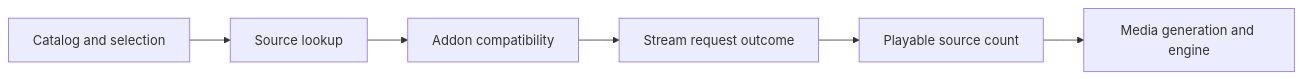
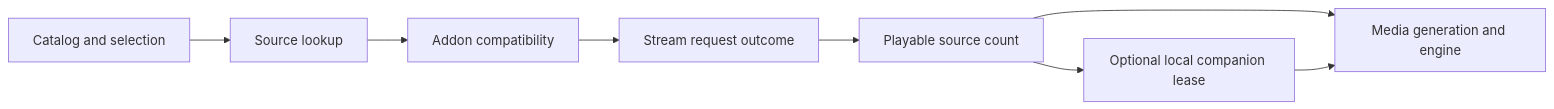
The diagram in docs/provider-diagnostics.md (open-ott-play/ottplay-control-server), drawn with Mermaid before and after one commit. The commit also changed other lines of this file and 5 other files, not shown here.

````diff
--- a/docs/provider-diagnostics.md
+++ b/docs/provider-diagnostics.md
@@ -52,8 +64,10 @@
 ```mermaid
 flowchart LR
     Catalog[Catalog and selection] --> Lookup[Source lookup]
     Lookup --> Manifest[Addon compatibility]
     Manifest --> Request[Stream request outcome]
     Request --> Source[Playable source count]
     Source --> Media[Media generation and engine]
+    Source --> Companion[Optional local companion lease]
+    Companion --> Media
 ```
````
